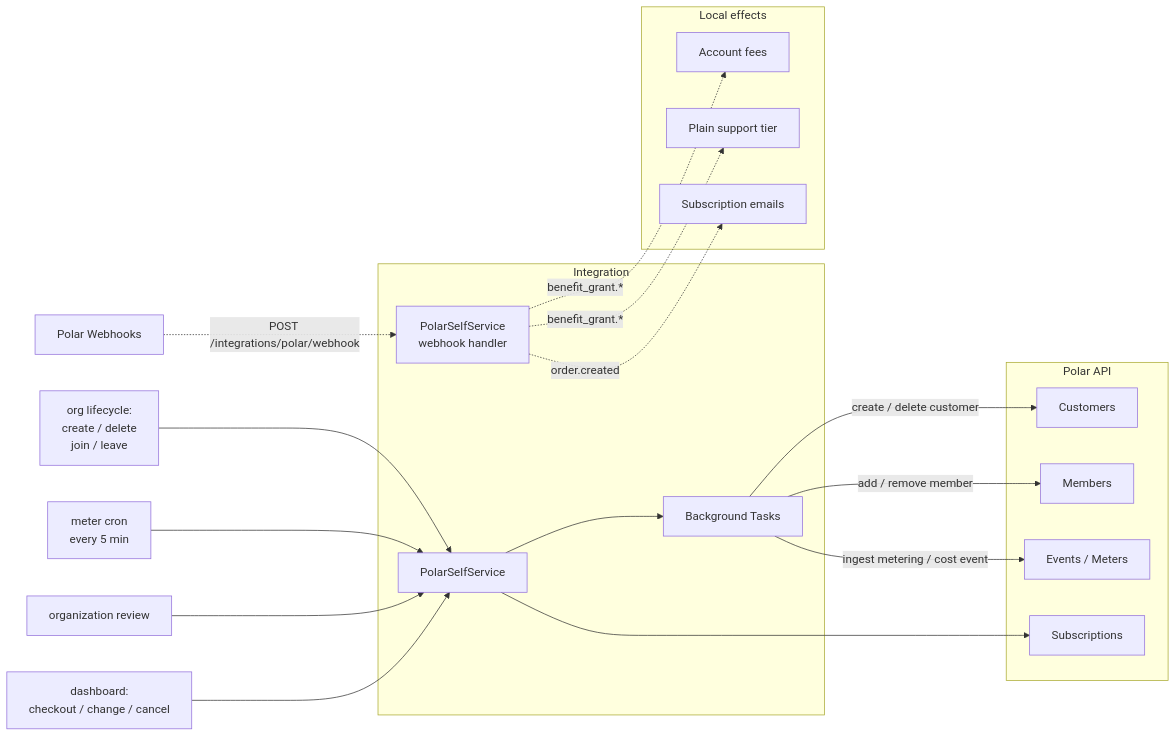
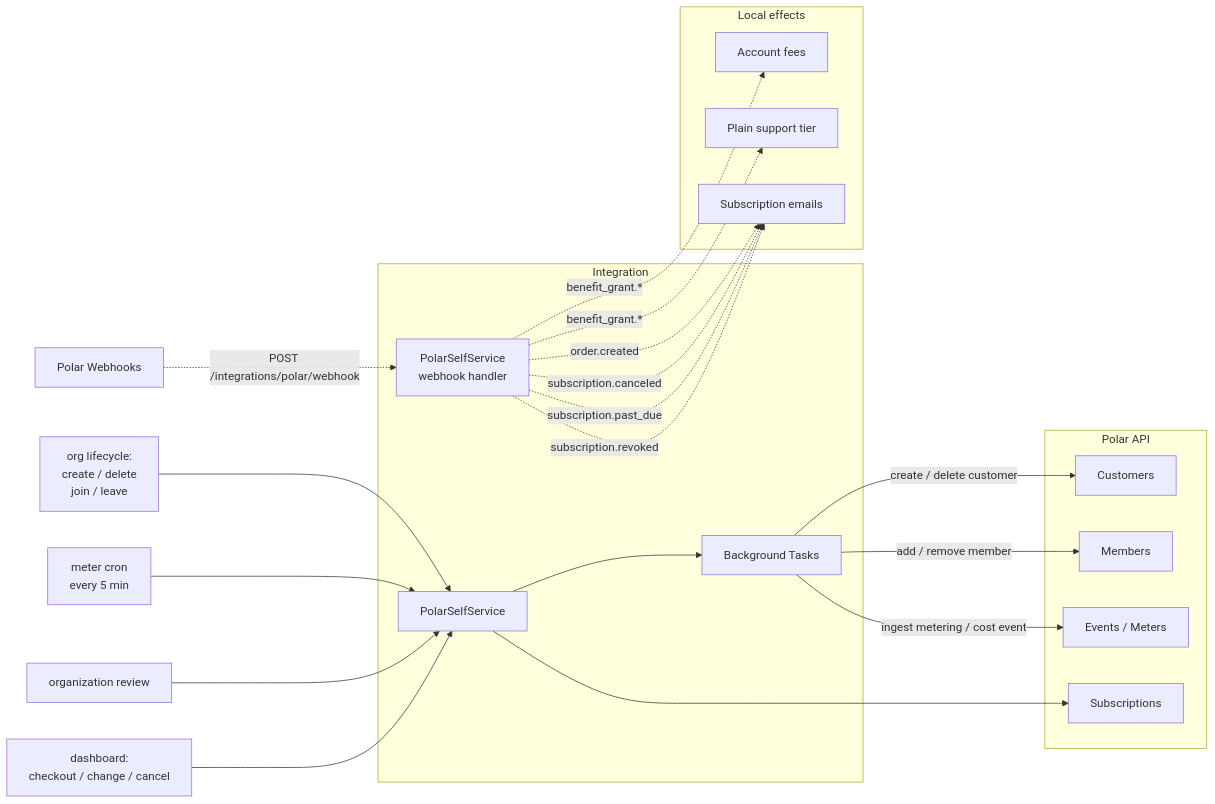
One commit to polarsource/polar changed the first of 3 diagrams in handbook/engineering/design-documents/polar-for-polar.mdx. Above: the diagram before and after it, drawn with Mermaid. The commit also changed other lines of this file, not shown here.

````diff
--- a/handbook/engineering/design-documents/polar-for-polar.mdx
+++ b/handbook/engineering/design-documents/polar-for-polar.mdx
@@ -36,36 +36,39 @@
 ```mermaid
 graph LR
     OrgLifecycle[org lifecycle:<br/>create / delete<br/>join / leave] --> SVC
     MeterCron[meter cron<br/>every 5 min] --> SVC
     OrgReview[organization review] --> SVC
     Dashboard[dashboard:<br/>checkout / change / cancel] --> SVC
     Webhooks[Polar Webhooks] -.->|POST /integrations/polar/webhook| WHSVC
 
     subgraph Integration
         SVC[PolarSelfService]
         SVC --> Tasks[Background Tasks]
         WHSVC[PolarSelfService<br/>webhook handler]
     end
 
     Tasks -->|create / delete customer| Customers
     Tasks -->|add / remove member| Members
     Tasks -->|ingest metering / cost event| Events
     SVC --> Subs
 
     subgraph Polar API
         Customers
         Subs[Subscriptions]
         Members
         Events[Events / Meters]
     end
 
     subgraph Local effects
         Account[Account fees]
         Plain[Plain support tier]
         Emails[Subscription emails]
     end
 
     WHSVC -.->|benefit_grant.*| Account
     WHSVC -.->|benefit_grant.*| Plain
     WHSVC -.->|order.created| Emails
+    WHSVC -.->|subscription.canceled| Emails
+    WHSVC -.->|subscription.past_due| Emails
+    WHSVC -.->|subscription.revoked| Emails
 ```
````
